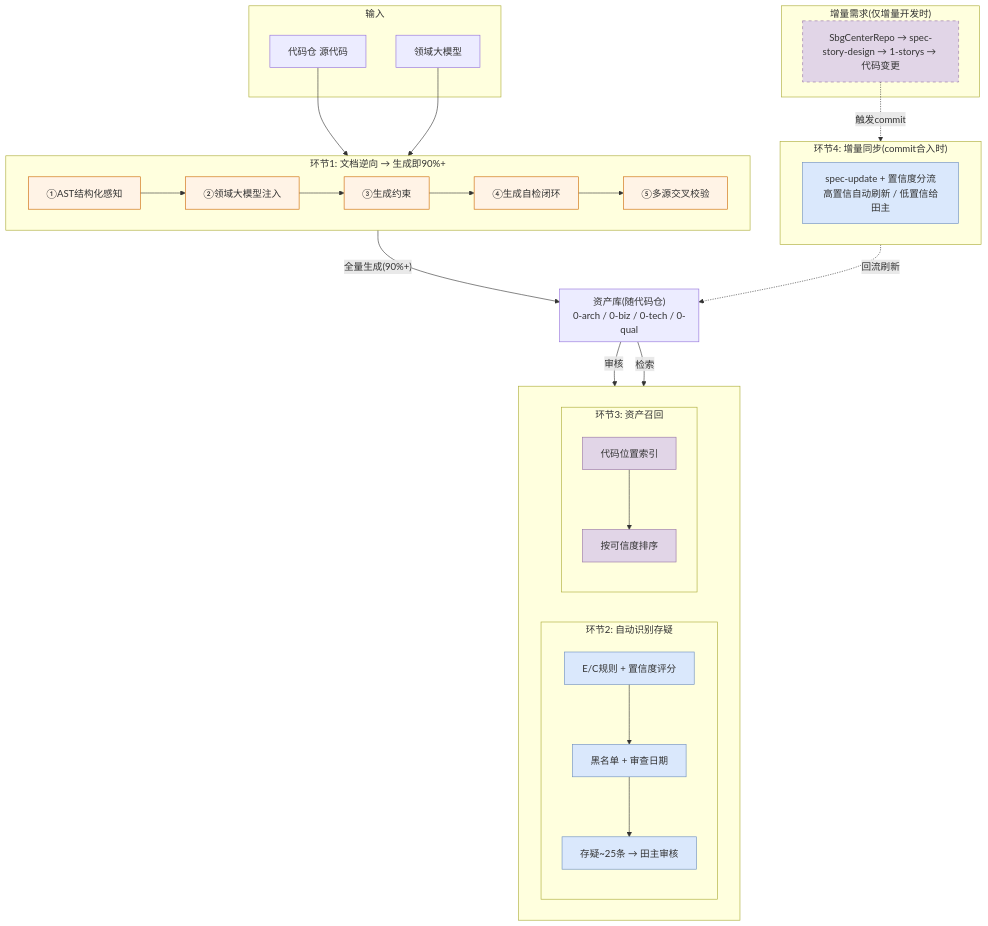
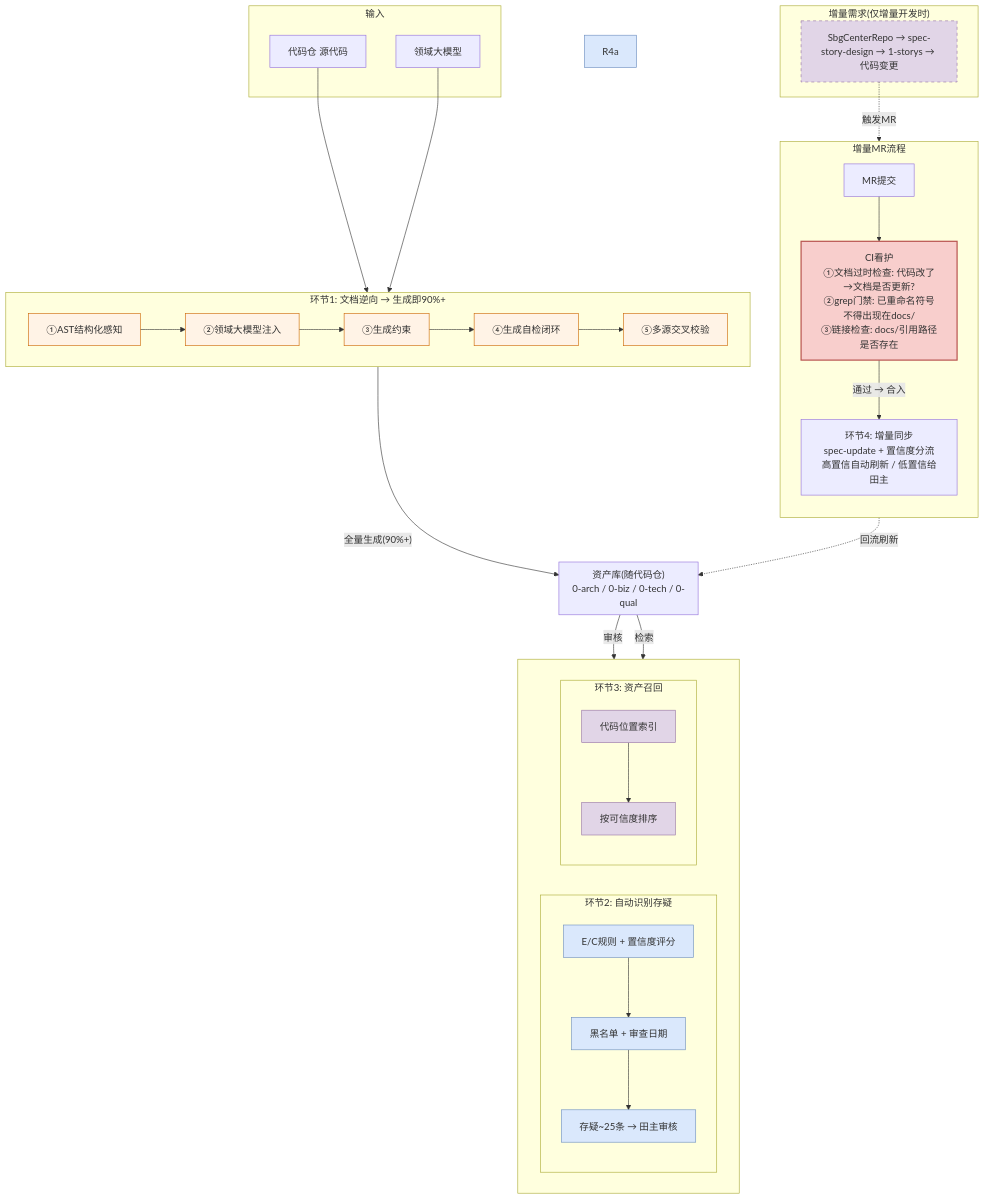
The first of 3 diagrams in POC/云核知识资产治理解决方案.md (hututuxinyu/Memory), drawn with Mermaid before and after one commit. The commit also changed other lines of this file, not shown here.

Commit message:
feat: add CI guardrail layer to architecture diagram — MR→CI看护(文档过时检查/grep门禁/链接检查)→合入→增量同步, red colored

````diff
--- a/POC/云核知识资产治理解决方案.md
+++ b/POC/云核知识资产治理解决方案.md
@@ -18,64 +18,70 @@
 ```mermaid
 flowchart TB
     subgraph Input["输入"]
         I1["代码仓 源代码"]
         I2["领域大模型"]
     end
 
     subgraph R1["环节1: 文档逆向 → 生成即90%+"]
         direction LR
         R1a["①AST结构化感知"]
         R1b["②领域大模型注入"]
         R1c["③生成约束"]
         R1d["④生成自检闭环"]
         R1e["⑤多源交叉校验"]
         R1a --> R1b --> R1c --> R1d --> R1e
     end
 
     subgraph Assets["资产库(随代码仓)<br/>0-arch / 0-biz / 0-tech / 0-qual"]
     end
 
     subgraph Bottom[" "]
         direction LR
         subgraph R2["环节2: 自动识别存疑"]
             R2a["E/C规则 + 置信度评分"]
             R2b["黑名单 + 审查日期"]
             R2c["存疑~25条 → 田主审核"]
             R2a --> R2b --> R2c
         end
         subgraph R3["环节3: 资产召回"]
             R3a["代码位置索引"]
             R3b["按可信度排序"]
             R3a --> R3b
         end
     end
 
-    subgraph R4["环节4: 增量同步(commit合入时)"]
-        R4a["spec-update + 置信度分流<br/>高置信自动刷新 / 低置信给田主"]
+    subgraph MRFlow["增量MR流程"]
+        direction TB
+        MR["MR提交"]
+        CI["CI看护<br/>①文档过时检查: 代码改了→文档是否更新?<br/>②grep门禁: 已重命名符号不得出现在docs/<br/>③链接检查: docs/引用路径是否存在"]
+        R4["环节4: 增量同步<br/>spec-update + 置信度分流<br/>高置信自动刷新 / 低置信给田主"]
+        MR --> CI
+        CI -->|"通过 → 合入"| R4
     end
 
     I1 --> R1
     I2 --> R1
     R1 -->|"全量生成(90%+)"| Assets
     Assets -->|"审核"| R2
     Assets -->|"检索"| R3
     R4 -.->|"回流刷新"| Assets
 
     subgraph Trigger["增量需求(仅增量开发时)"]
         T1["SbgCenterRepo → spec-story-design → 1-storys → 代码变更"]
     end
-    T1 -.->|"触发commit"| R4
+    T1 -.->|"触发MR"| MR
 
     style R1a fill:#fff3e6,stroke:#cc6600
     style R1b fill:#fff3e6,stroke:#cc6600
     style R1c fill:#fff3e6,stroke:#cc6600
     style R1d fill:#fff3e6,stroke:#cc6600
     style R1e fill:#fff3e6,stroke:#cc6600
     style R2a fill:#dae8fc,stroke:#6c8ebf
     style R2b fill:#dae8fc,stroke:#6c8ebf
     style R2c fill:#dae8fc,stroke:#6c8ebf
     style R3a fill:#e1d5e7,stroke:#9673a6
     style R3b fill:#e1d5e7,stroke:#9673a6
+    style CI fill:#f8cecc,stroke:#b85450,stroke-width:2px
     style R4a fill:#dae8fc,stroke:#6c8ebf
     style T1 fill:#e1d5e7,stroke:#9673a6,stroke-dasharray:5 5
 ```
````
